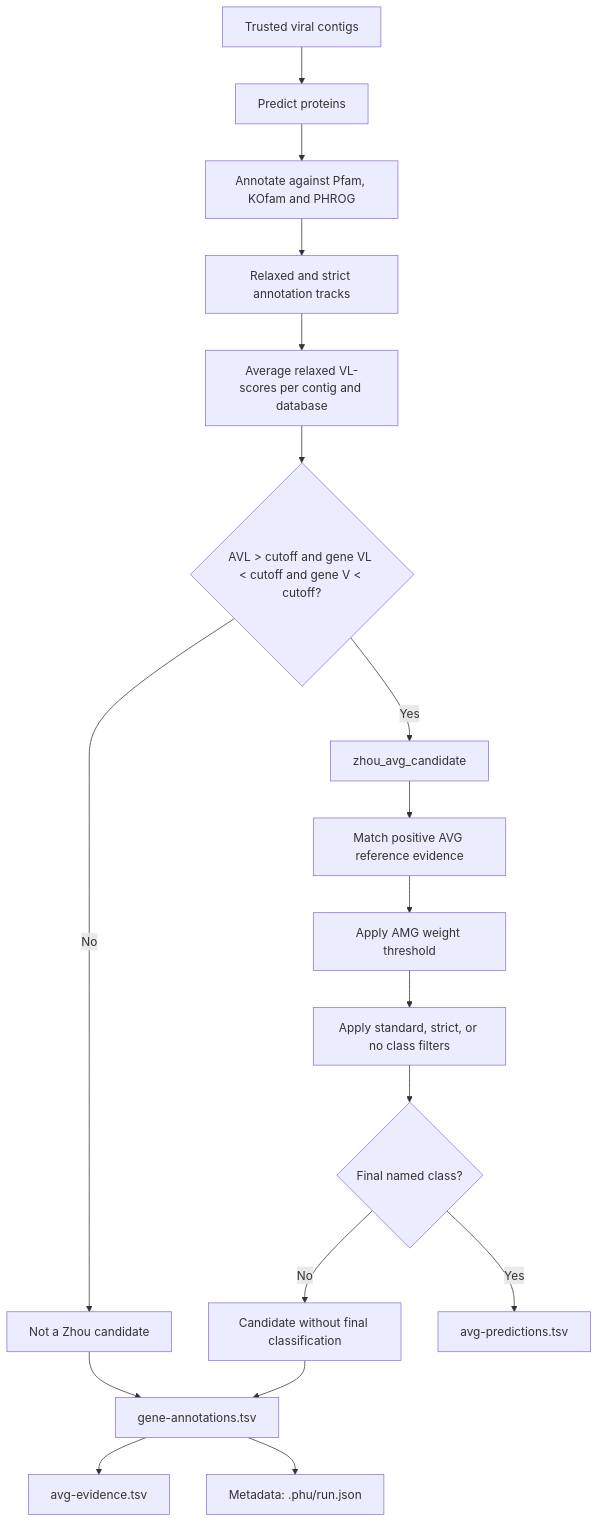
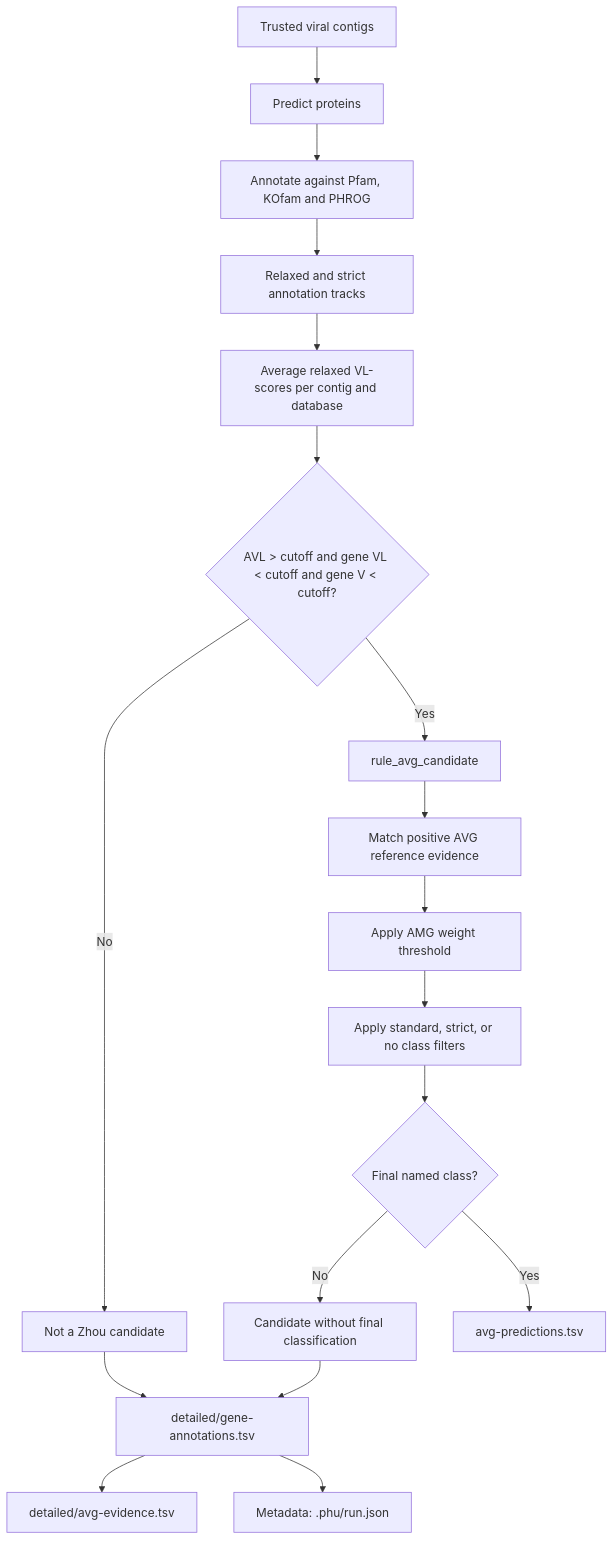
One commit to camilogarciabotero/phu changed the diagram in docs/commands/avger.md. Above: the diagram before and after it, drawn with Mermaid. The commit also changed other lines of this file and 3 other files, not shown here.

````diff
--- a/docs/commands/avger.md
+++ b/docs/commands/avger.md
@@ -309,20 +308,20 @@
 ```mermaid
 flowchart TD
     A[Trusted viral contigs] --> B[Predict proteins]
     B --> C[Annotate against Pfam, KOfam and PHROG]
     C --> D[Relaxed and strict annotation tracks]
     D --> E[Average relaxed VL-scores per contig and database]
     E --> F{AVL > cutoff and gene VL < cutoff and gene V < cutoff?}
     F -->|No| G[Not a Zhou candidate]
-    F -->|Yes| H[zhou_avg_candidate]
+    F -->|Yes| H[rule_avg_candidate]
     H --> I[Match positive AVG reference evidence]
     I --> J[Apply AMG weight threshold]
     J --> K[Apply standard, strict, or no class filters]
     K --> L{Final named class?}
     L -->|No| M[Candidate without final classification]
     L -->|Yes| N[avg-predictions.tsv]
-    G --> O[gene-annotations.tsv]
+    G --> O[detailed/gene-annotations.tsv]
     M --> O
-    O --> P[avg-evidence.tsv]
+    O --> P[detailed/avg-evidence.tsv]
     O --> Q[Metadata: .phu/run.json]
 ```
````
